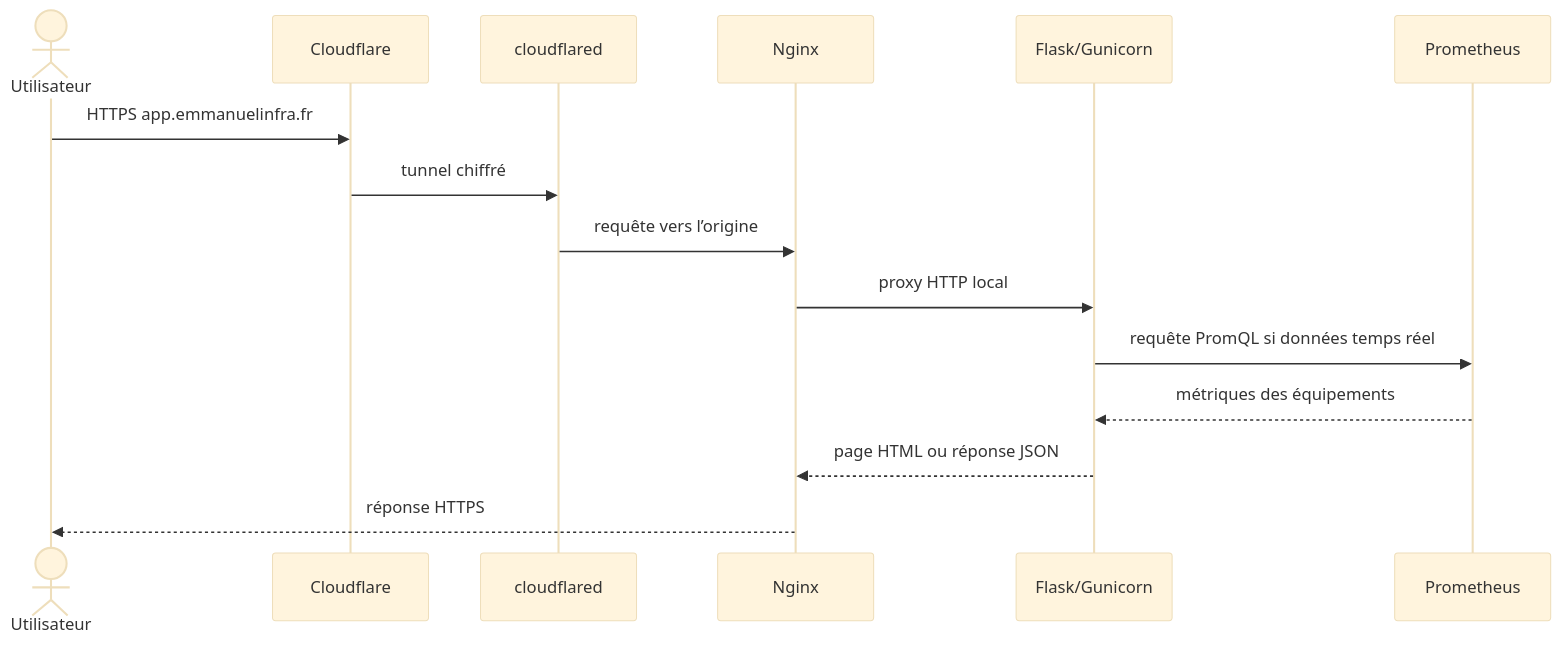
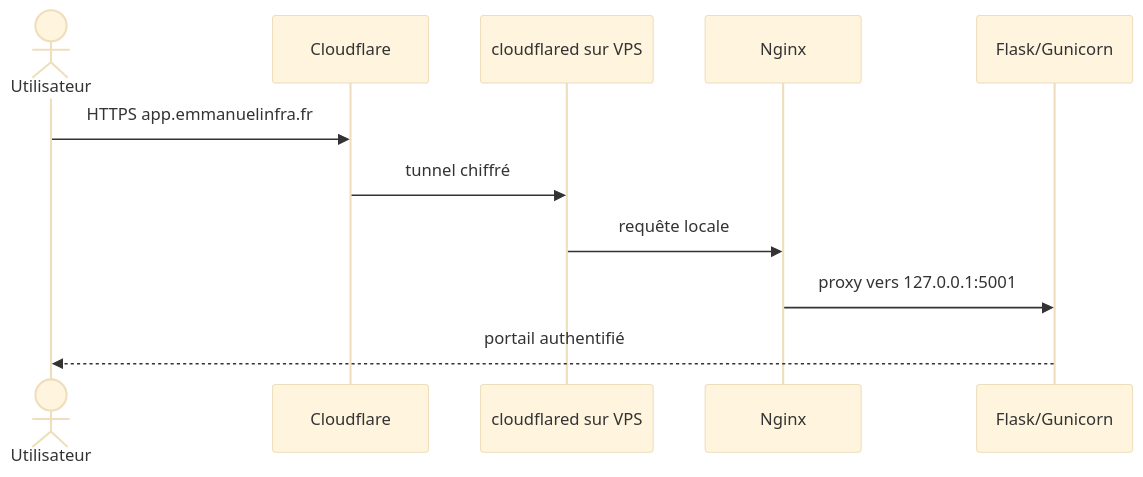
The first of 2 diagrams in docs/ARCHITECTURE.md (Emmanuel110499/secure-local-cloud-infrastructure-v2), drawn with Mermaid (base theme) before and after one commit. The commit also changed other lines of this file and 33 other files, not shown here.

First line of the commit message:
Publier l’architecture VPS et la supervision distribuée v1.1 (#5)

````diff
--- a/docs/ARCHITECTURE.md
+++ b/docs/ARCHITECTURE.md
@@ -76,18 +40,13 @@
 ```mermaid
 sequenceDiagram
     actor U as Utilisateur
     participant C as Cloudflare
-    participant T as cloudflared
+    participant T as cloudflared sur VPS
     participant N as Nginx
     participant F as Flask/Gunicorn
-    participant P as Prometheus
-
     U->>C: HTTPS app.emmanuelinfra.fr
     C->>T: tunnel chiffré
-    T->>N: requête vers l’origine
-    N->>F: proxy HTTP local
-    F->>P: requête PromQL si données temps réel
-    P-->>F: métriques des équipements
-    F-->>N: page HTML ou réponse JSON
-    N-->>U: réponse HTTPS
+    T->>N: requête locale
+    N->>F: proxy vers 127.0.0.1:5001
+    F-->>U: portail authentifié
 ```
````
